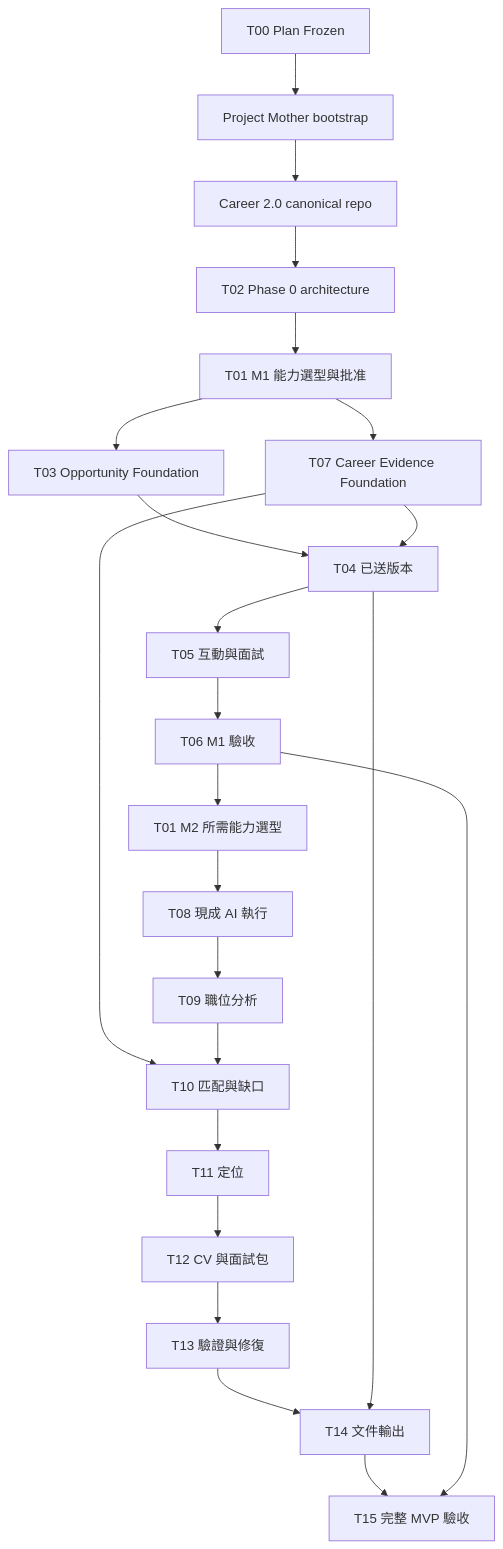
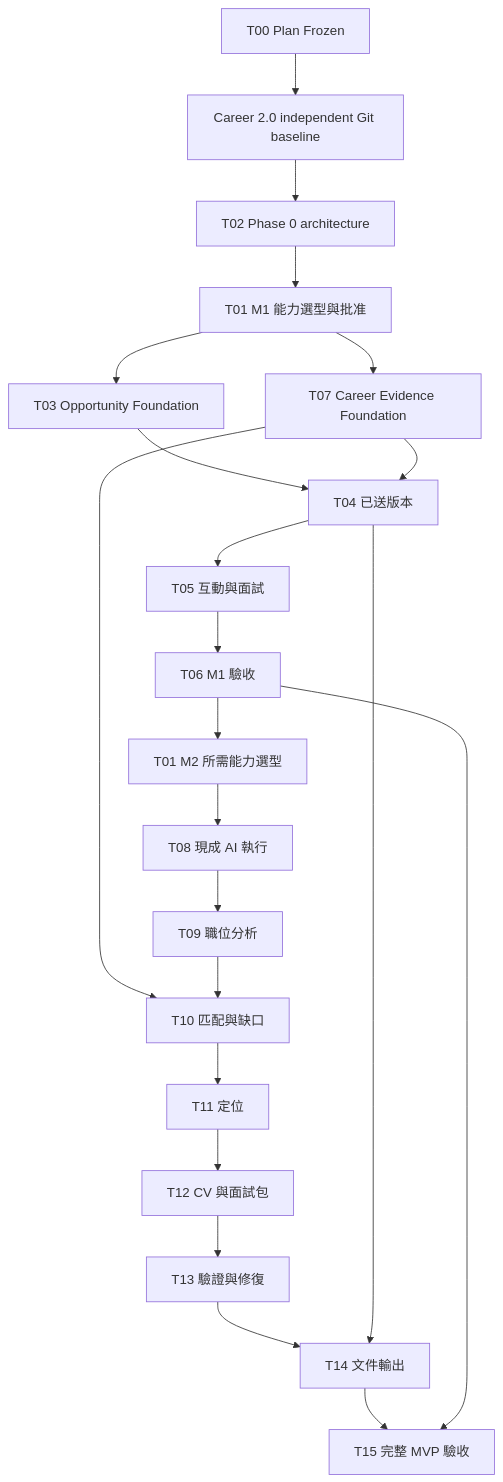
One commit to christinekao/Career-2.0 changed the diagram in docs/superpowers/plans/2026-09-11-career-2-product-delivery.md. Above: the diagram before and after it, drawn with Mermaid. The commit also changed other lines of this file and 9 other files, not shown here.

````diff
--- a/docs/superpowers/plans/2026-09-11-career-2-product-delivery.md
+++ b/docs/superpowers/plans/2026-09-11-career-2-product-delivery.md
@@ -241,25 +241,24 @@
 ```mermaid
 flowchart TD
-    T00[T00 Plan Frozen] --> B[Project Mother bootstrap]
-    B --> C[Career 2.0 canonical repo]
+    T00[T00 Plan Frozen] --> C[Career 2.0 independent Git baseline]
     C --> T02[T02 Phase 0 architecture]
     T02 --> T01[T01 M1 能力選型與批准]
     T01 --> T03[T03 Opportunity Foundation]
     T01 --> T07[T07 Career Evidence Foundation]
     T03 --> T04[T04 已送版本]
     T07 --> T04
     T04 --> T05[T05 互動與面試]
     T05 --> T06[T06 M1 驗收]
     T06 --> A2[T01 M2 所需能力選型]
     A2 --> T08[T08 現成 AI 執行]
     T08 --> T09[T09 職位分析]
     T07 --> T10[T10 匹配與缺口]
     T09 --> T10
     T10 --> T11[T11 定位]
     T11 --> T12[T12 CV 與面試包]
     T12 --> T13[T13 驗證與修復]
     T13 --> T14[T14 文件輸出]
     T04 --> T14
     T14 --> T15[T15 完整 MVP 驗收]
     T06 --> T15
 ```
````
